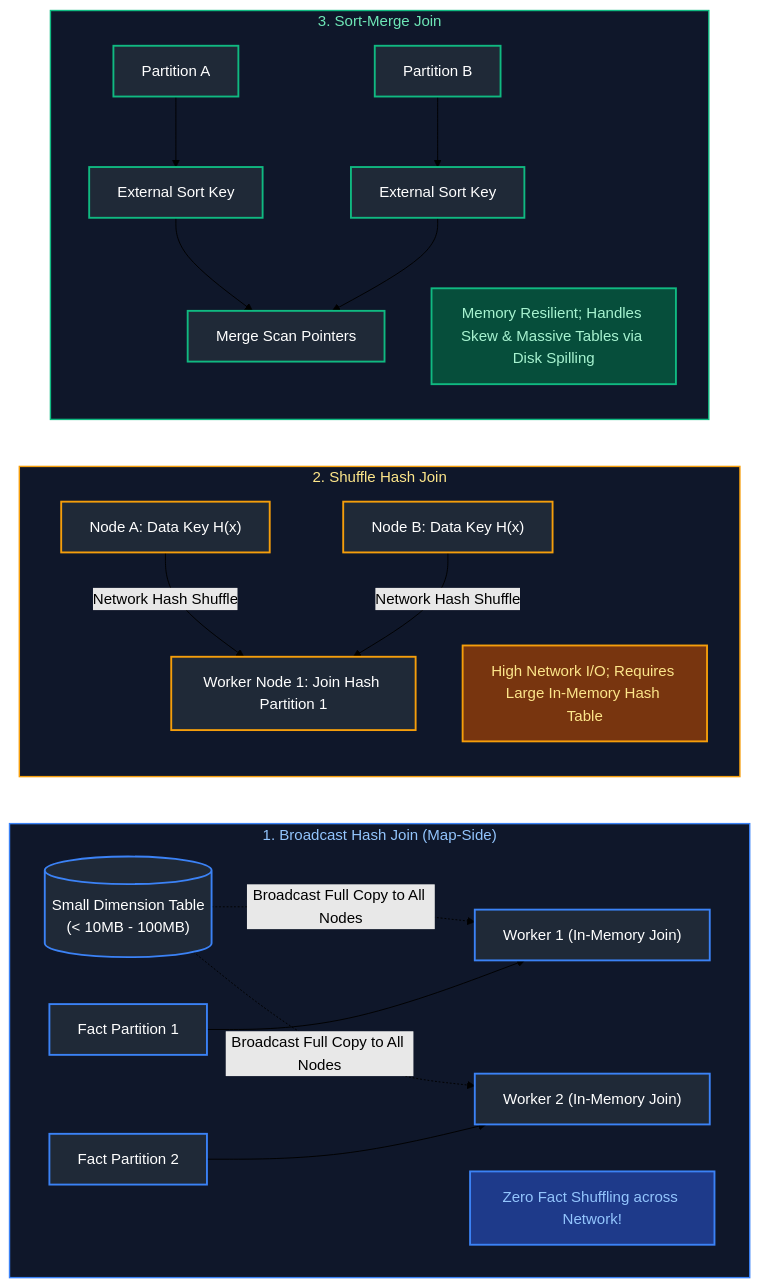
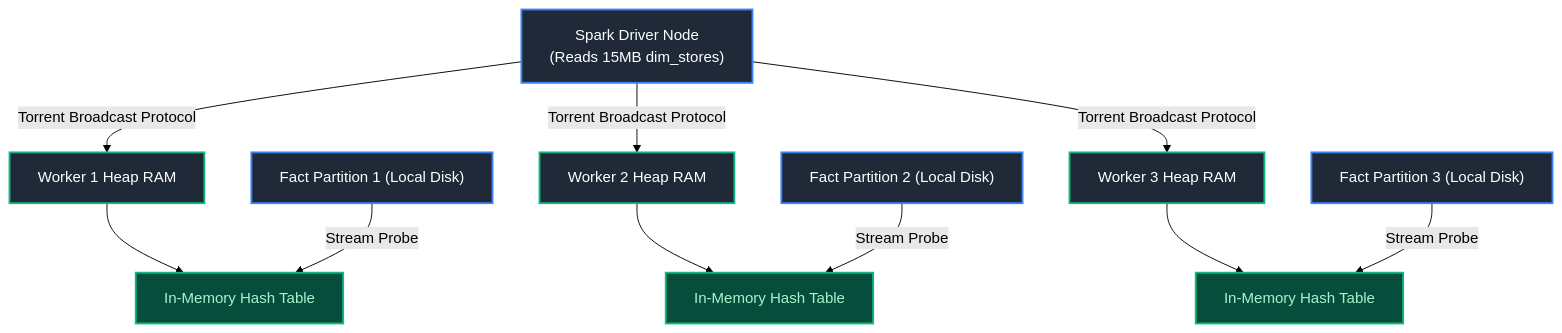
The fourth of 12 diagrams in Data Engineering/02_advanced_sql.md (joydeep-biswas/Interview-Preparation), drawn with Mermaid (forest theme) before and after one commit. The commit also changed other lines of this file and 143 other files, not shown here.

````diff
--- a/Data Engineering/02_advanced_sql.md
+++ b/Data Engineering/02_advanced_sql.md
@@ -198,44 +296,25 @@
 ```mermaid
-flowchart LR
-    subgraph BroadcastStrategy ["1. Broadcast Hash Join (Map-Side)"]
-        direction LR
-        BDim[("Small Dimension Table<br/>(< 10MB - 100MB)")] -.->|Broadcast Full Copy to All Nodes| N1["Worker 1 (In-Memory Join)"]
-        BDim -.->|Broadcast Full Copy to All Nodes| N2["Worker 2 (In-Memory Join)"]
-        F1["Fact Partition 1"] --> N1
-        F2["Fact Partition 2"] --> N2
-        note1["Zero Fact Shuffling across Network!"]
-    end
+flowchart TD
+    DriverNode["Spark Driver Node<br/>(Reads 15MB dim_stores)"] -->|Torrent Broadcast Protocol| W1_RAM["Worker 1 Heap RAM"]
+    DriverNode -->|Torrent Broadcast Protocol| W2_RAM["Worker 2 Heap RAM"]
+    DriverNode -->|Torrent Broadcast Protocol| W3_RAM["Worker 3 Heap RAM"]
 
-    subgraph ShuffleHashStrategy ["2. Shuffle Hash Join"]
-        SF1["Node A: Data Key H(x)"] -->|Network Hash Shuffle| SHW1["Worker Node 1: Join Hash Partition 1"]
-        SF2["Node B: Data Key H(x)"] -->|Network Hash Shuffle| SHW1
-        note2["High Network I/O; Requires Large In-Memory Hash Table"]
-    end
+    W1_RAM --> Hash1["In-Memory Hash Table"]
+    W2_RAM --> Hash2["In-Memory Hash Table"]
+    W3_RAM --> Hash3["In-Memory Hash Table"]
 
-    subgraph SortMergeStrategy ["3. Sort-Merge Join"]
-        SM1["Partition A"] --> Sort1["External Sort Key"] --> Merge["Merge Scan Pointers"]
-        SM2["Partition B"] --> Sort2["External Sort Key"] --> Merge
-        note3["Memory Resilient; Handles Skew & Massive Tables via Disk Spilling"]
-    end
+    F1["Fact Partition 1 (Local Disk)"] -->|Stream Probe| Hash1
+    F2["Fact Partition 2 (Local Disk)"] -->|Stream Probe| Hash2
+    F3["Fact Partition 3 (Local Disk)"] -->|Stream Probe| Hash3
 
-    style BroadcastStrategy fill:#0f172a,stroke:#3b82f6,stroke-width:1.5px,color:#93c5fd
-    style ShuffleHashStrategy fill:#0f172a,stroke:#f59e0b,stroke-width:1.5px,color:#fde68a
-    style SortMergeStrategy fill:#0f172a,stroke:#10b981,stroke-width:1.5px,color:#6ee7b7
-
-    style BDim fill:#1f2937,stroke:#3b82f6,stroke-width:2px,color:#fff
-    style N1 fill:#1f2937,stroke:#3b82f6,stroke-width:2px,color:#fff
-    style N2 fill:#1f2937,stroke:#3b82f6,stroke-width:2px,color:#fff
+    style DriverNode fill:#1f2937,stroke:#3b82f6,stroke-width:2px,color:#fff
+    style W1_RAM fill:#1f2937,stroke:#10b981,stroke-width:2px,color:#fff
+    style W2_RAM fill:#1f2937,stroke:#10b981,stroke-width:2px,color:#fff
+    style W3_RAM fill:#1f2937,stroke:#10b981,stroke-width:2px,color:#fff
+    style Hash1 fill:#064e3b,stroke:#10b981,stroke-width:2px,color:#a7f3d0
+    style Hash2 fill:#064e3b,stroke:#10b981,stroke-width:2px,color:#a7f3d0
+    style Hash3 fill:#064e3b,stroke:#10b981,stroke-width:2px,color:#a7f3d0
     style F1 fill:#1f2937,stroke:#3b82f6,stroke-width:2px,color:#fff
     style F2 fill:#1f2937,stroke:#3b82f6,stroke-width:2px,color:#fff
-    style note1 fill:#1e3a8a,stroke:#3b82f6,stroke-width:2px,color:#93c5fd
-    style SF1 fill:#1f2937,stroke:#f59e0b,stroke-width:2px,color:#fff
-    style SHW1 fill:#1f2937,stroke:#f59e0b,stroke-width:2px,color:#fff
-    style SF2 fill:#1f2937,stroke:#f59e0b,stroke-width:2px,color:#fff
-    style note2 fill:#78350f,stroke:#f59e0b,stroke-width:2px,color:#fde68a
-    style SM1 fill:#1f2937,stroke:#10b981,stroke-width:2px,color:#fff
-    style Sort1 fill:#1f2937,stroke:#10b981,stroke-width:2px,color:#fff
-    style Merge fill:#1f2937,stroke:#10b981,stroke-width:2px,color:#fff
-    style SM2 fill:#1f2937,stroke:#10b981,stroke-width:2px,color:#fff
-    style Sort2 fill:#1f2937,stroke:#10b981,stroke-width:2px,color:#fff
-    style note3 fill:#064e3b,stroke:#10b981,stroke-width:2px,color:#a7f3d0
+    style F3 fill:#1f2937,stroke:#3b82f6,stroke-width:2px,color:#fff
 ```
````
